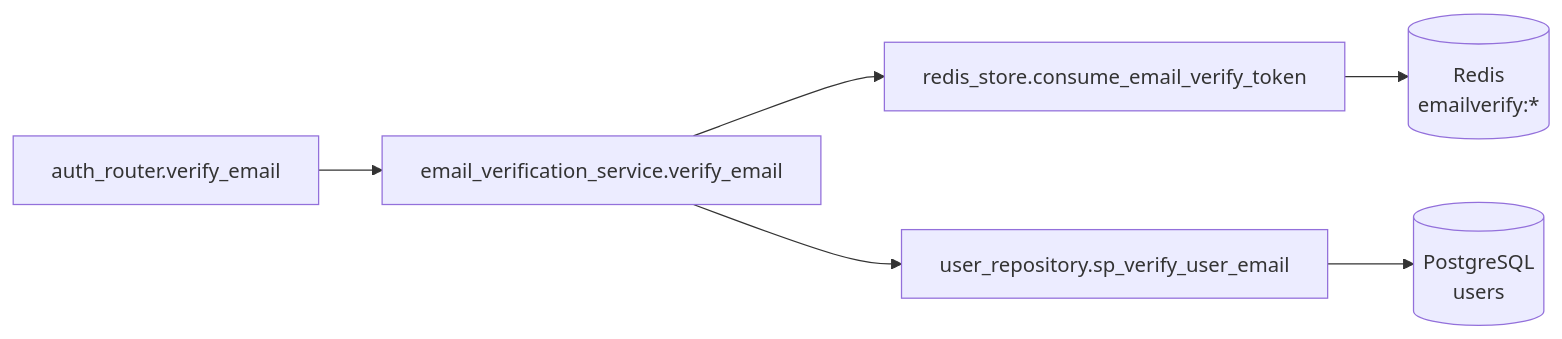
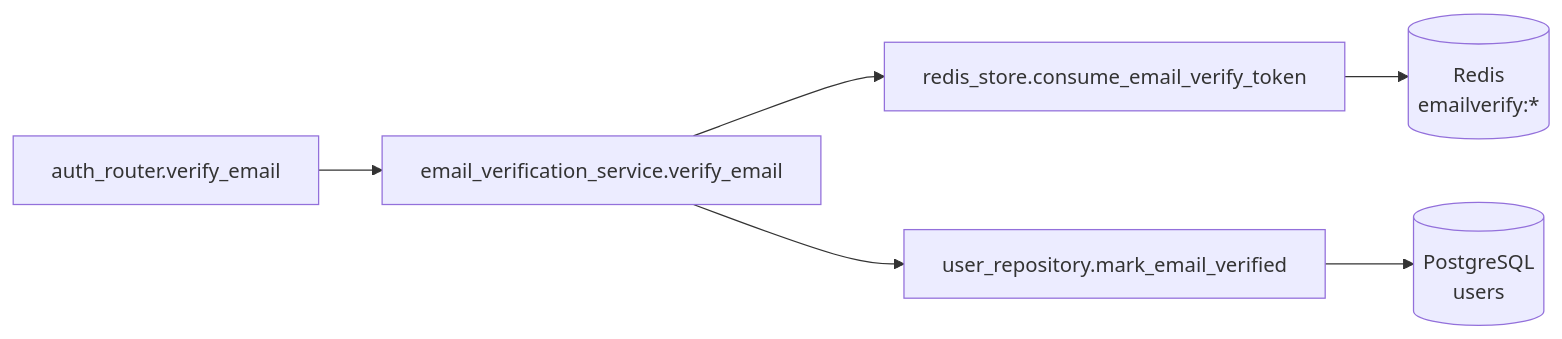
One commit to oikawa-d/task_management changed the third of 4 diagrams in docs/detailed_design/api/auth/07_post_auth_verify_email.md. Above: the diagram before and after it, drawn with Mermaid. The commit also changed other lines of this file and 6 other files, not shown here.

````diff
--- a/docs/detailed_design/api/auth/07_post_auth_verify_email.md
+++ b/docs/detailed_design/api/auth/07_post_auth_verify_email.md
@@ -179,8 +178,8 @@
 ```mermaid
 flowchart LR
     R["auth_router.verify_email"] --> S["email_verification_service.verify_email"]
     S --> RD["redis_store.consume_email_verify_token"]
-    S --> UR["user_repository.sp_verify_user_email"]
+    S --> UR["user_repository.mark_email_verified"]
     RD --> REDIS[("Redis<br/>emailverify:*")]
     UR --> PG[("PostgreSQL<br/>users")]
 ```
````
